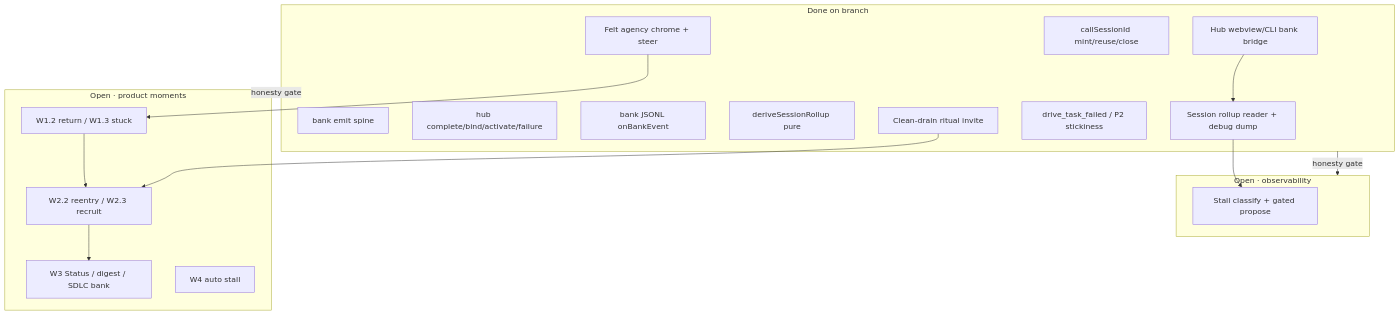
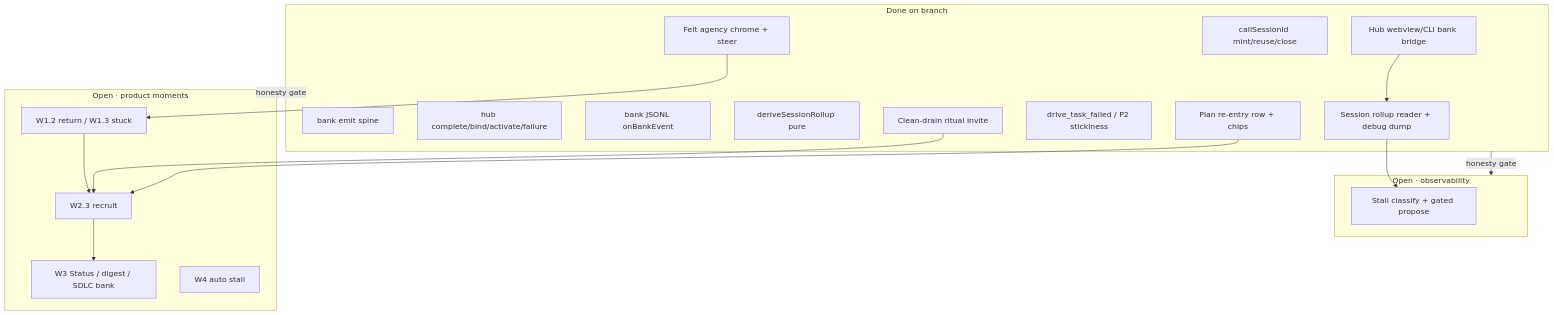
The diagram in docs/drivecode/plans/cline-drivemode/delivery/REMAINING-task-satisfaction.md (drive-mode/cline-drivecode), drawn with Mermaid before and after one commit. The commit also changed other lines of this file and 9 other files, not shown here.

First line of the commit message:
feat(drive): plan re-entry row with rollup chips

````diff
--- a/docs/drivecode/plans/cline-drivemode/delivery/REMAINING-task-satisfaction.md
+++ b/docs/drivecode/plans/cline-drivemode/delivery/REMAINING-task-satisfaction.md
@@ -30,32 +30,34 @@
 ```mermaid
 flowchart TD
   subgraph Done["Done on branch"]
     CS["callSessionId mint/reuse/close"]
     Emit["bank emit spine"]
     HubOps["hub complete/bind/activate/failure"]
     Log["bank JSONL onBankEvent"]
     Rollup["deriveSessionRollup pure"]
     Bridge["Hub webview/CLI bank bridge"]
     Felt["Felt agency chrome + steer"]
     Reader["Session rollup reader + debug dump"]
     P2ev["drive_task_failed / P2 stickiness"]
     CleanDrain["Clean-drain ritual invite"]
+    PlanReentry["Plan re-entry row + chips"]
   end
   subgraph OpenObs["Open · observability"]
     S3["Stall classify + gated propose"]
   end
   subgraph OpenMoments["Open · product moments"]
     W1["W1.2 return / W1.3 stuck"]
-    W2["W2.2 reentry / W2.3 recruit"]
+    W2["W2.3 recruit"]
     W3["W3 Status / digest / SDLC bank"]
     W4["W4 auto stall"]
   end
   Done -->|"honesty gate"| OpenObs
   Done -->|"honesty gate"| OpenMoments
   Bridge --> Reader
   Reader --> S3
   Felt --> W1
   W1 --> W2
   CleanDrain --> W2
+  PlanReentry --> W2
   W2 --> W3
 ```
````
